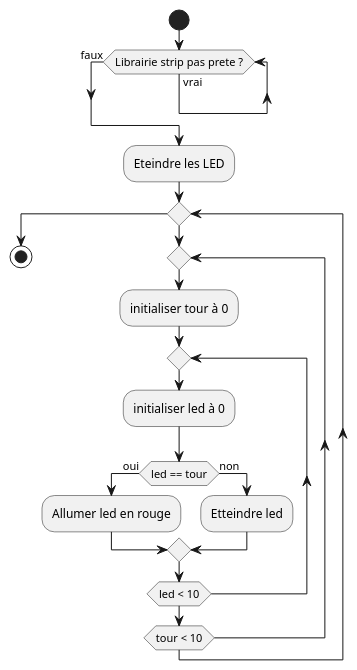
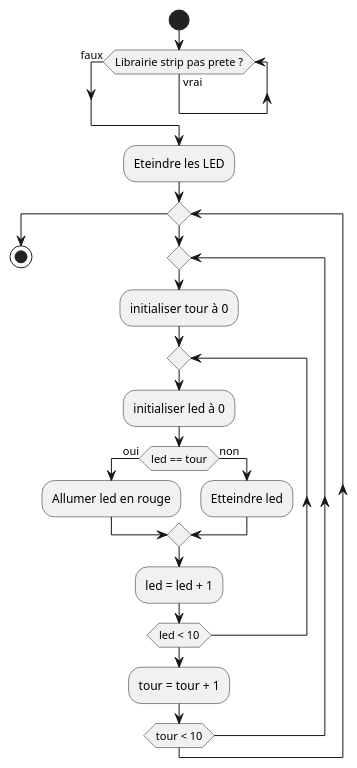
The diagram in Scripts/02-LEDscrollCustom/LEDScroll-RED-activityDiag.puml (gabriel-alex/GM9-ElectronicPractical), drawn with PlantUML before and after one commit. The commit also changed 1 other file, not shown here.

```diff
--- a/Scripts/02-LEDscrollCustom/LEDScroll-RED-activityDiag.puml
+++ b/Scripts/02-LEDscrollCustom/LEDScroll-RED-activityDiag.puml
@@ -1,21 +1,23 @@
 @startuml
 start
 while (Librairie strip pas prete ?) is (vrai)
 endwhile (faux)
 :Eteindre les LED;
 while()
 repeat
 :initialiser tour à 0;
 repeat
 :initialiser led à 0;
 if (led == tour) then (oui)
 :Allumer led en rouge;
 else (non)
 :Etteindre led;
 endif
+:led = led + 1;
 repeat while(led < 10)
+:tour = tour + 1;
 repeat while(tour < 10)
 endwhile
 
 stop
 @enduml
```
